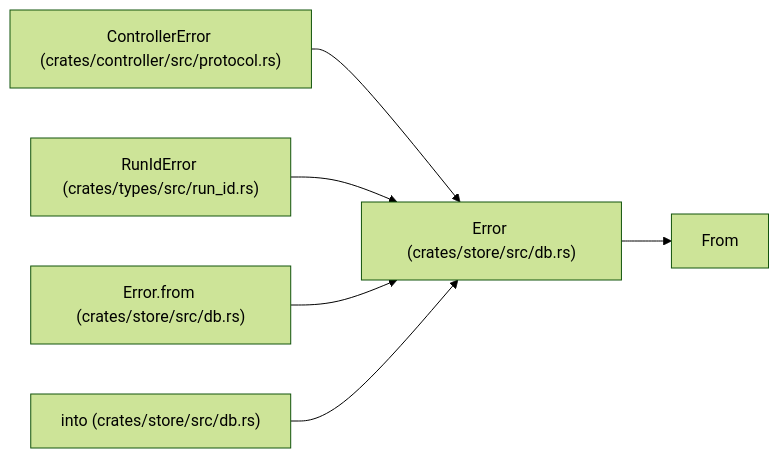
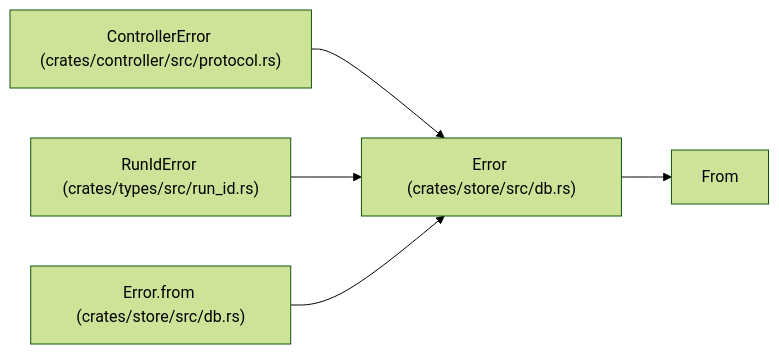
The diagram in docs/llm_wiki/entities/Error.md (tcrypt25519/zkpow), drawn with Mermaid (forest theme) before and after one commit. The commit also changed other lines of this file and 90 other files, not shown here.

````diff
--- a/docs/llm_wiki/entities/Error.md
+++ b/docs/llm_wiki/entities/Error.md
@@ -31,19 +32,16 @@
 ```mermaid
 flowchart LR
     n0["Error (crates/store/src/db.rs)"]
     n1["From"]
     n2["ControllerError (crates/controller/src/protocol.rs)"]
     n3["RunIdError (crates/types/src/run_id.rs)"]
     n4["Error.from (crates/store/src/db.rs)"]
-    n5["into (crates/store/src/db.rs)"]
     n0 --> n1
     n2 --> n0
     n3 --> n0
     n4 --> n0
-    n5 --> n0
     click n0 "../modules/src_db.md"
     click n2 "../modules/src_protocol.md"
     click n3 "../modules/src_run_id.md"
     click n4 "../modules/src_db.md"
-    click n5 "../modules/src_db.md"
 ```
````
